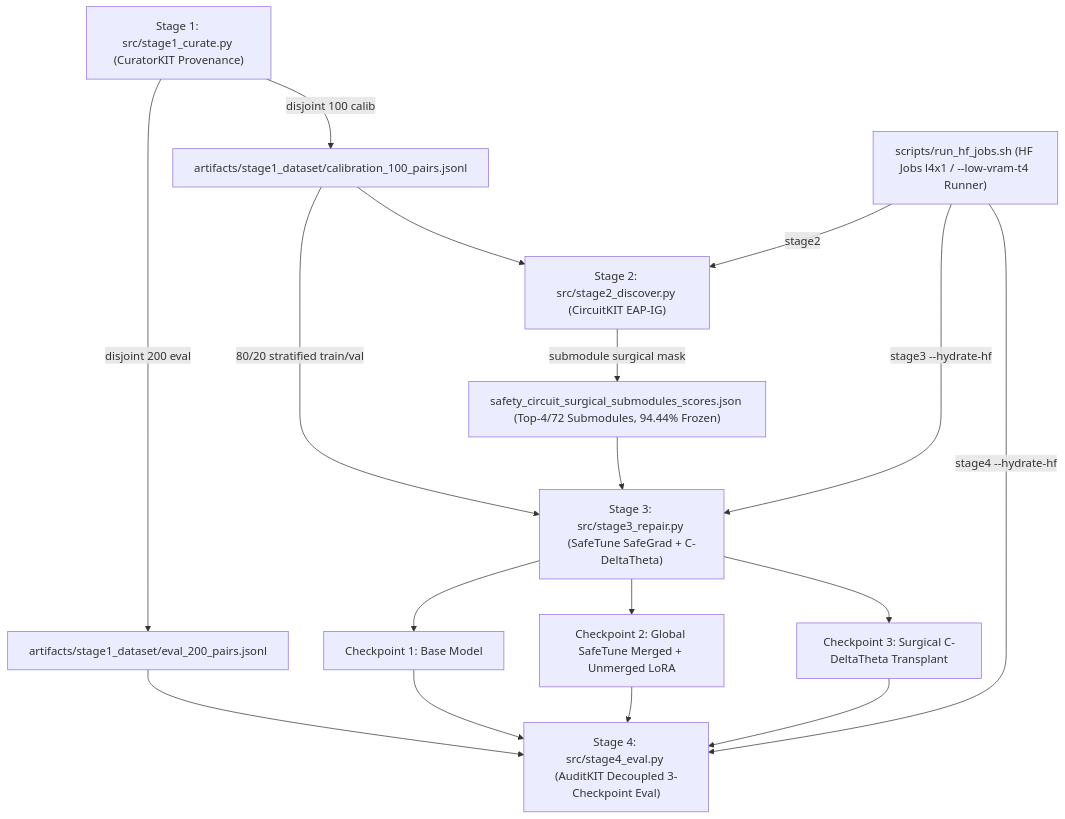
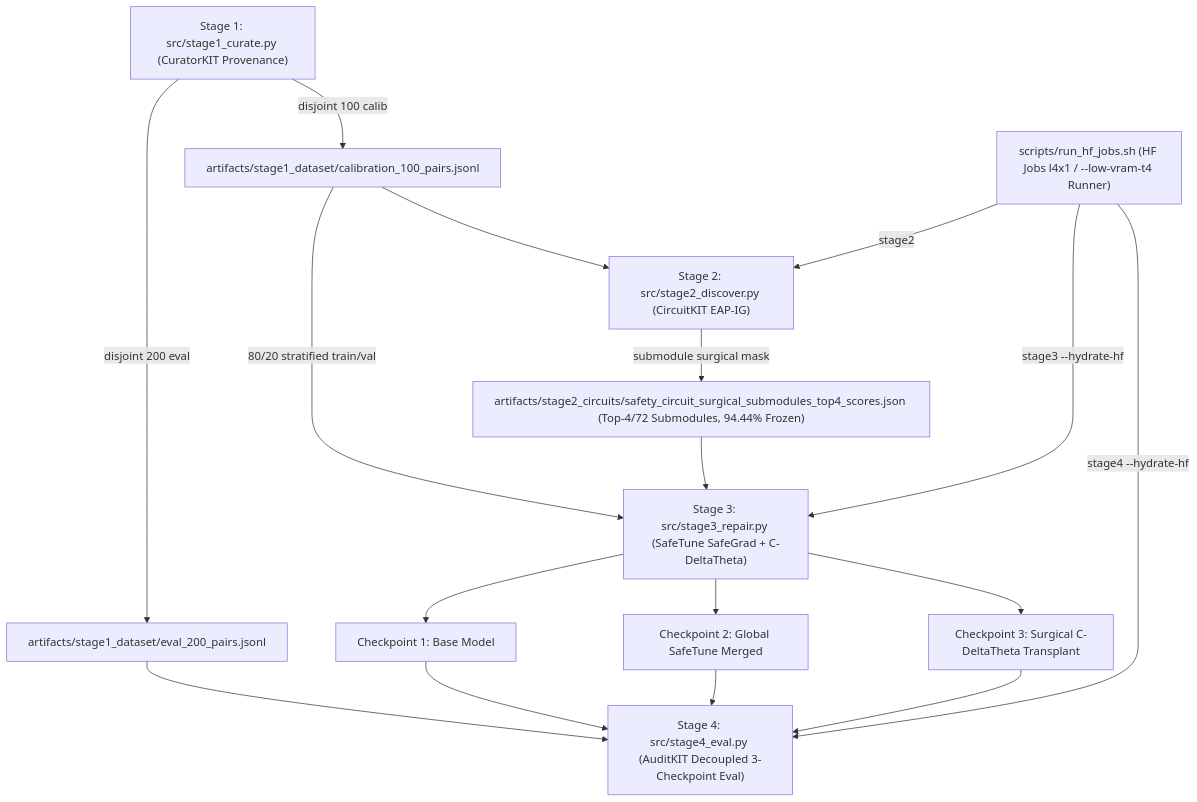
One commit to dptel22/lexsi-lab-track2 changed the diagram in ARCHITECTURE.md. Above: the diagram before and after it, drawn with Mermaid. The commit also changed other lines of this file and 12 other files, not shown here.

````diff
--- a/ARCHITECTURE.md
+++ b/ARCHITECTURE.md
@@ -9,31 +9,31 @@
 ```mermaid
 flowchart TD
     S1["Stage 1: src/stage1_curate.py (CuratorKIT Provenance)"]
     D1["artifacts/stage1_dataset/calibration_100_pairs.jsonl"]
     D2["artifacts/stage1_dataset/eval_200_pairs.jsonl"]
     S2["Stage 2: src/stage2_discover.py (CircuitKIT EAP-IG)"]
-    M2["safety_circuit_surgical_submodules_scores.json (Top-4/72 Submodules, 94.44% Frozen)"]
+    M2["artifacts/stage2_circuits/safety_circuit_surgical_submodules_top4_scores.json (Top-4/72 Submodules, 94.44% Frozen)"]
     S3["Stage 3: src/stage3_repair.py (SafeTune SafeGrad + C-DeltaTheta)"]
     C1["Checkpoint 1: Base Model"]
-    C2["Checkpoint 2: Global SafeTune Merged + Unmerged LoRA"]
+    C2["Checkpoint 2: Global SafeTune Merged"]
     C3["Checkpoint 3: Surgical C-DeltaTheta Transplant"]
     S4["Stage 4: src/stage4_eval.py (AuditKIT Decoupled 3-Checkpoint Eval)"]
     RUN["scripts/run_hf_jobs.sh (HF Jobs l4x1 / --low-vram-t4 Runner)"]
 
     S1 -->|"disjoint 100 calib"| D1
     S1 -->|"disjoint 200 eval"| D2
     D1 --> S2
     D1 -->|"80/20 stratified train/val"| S3
     S2 -->|"submodule surgical mask"| M2
     M2 --> S3
     S3 --> C1
     S3 --> C2
     S3 --> C3
     D2 --> S4
     C1 --> S4
     C2 --> S4
     C3 --> S4
     RUN -->|"stage2"| S2
     RUN -->|"stage3 --hydrate-hf"| S3
     RUN -->|"stage4 --hydrate-hf"| S4
 ```
````
